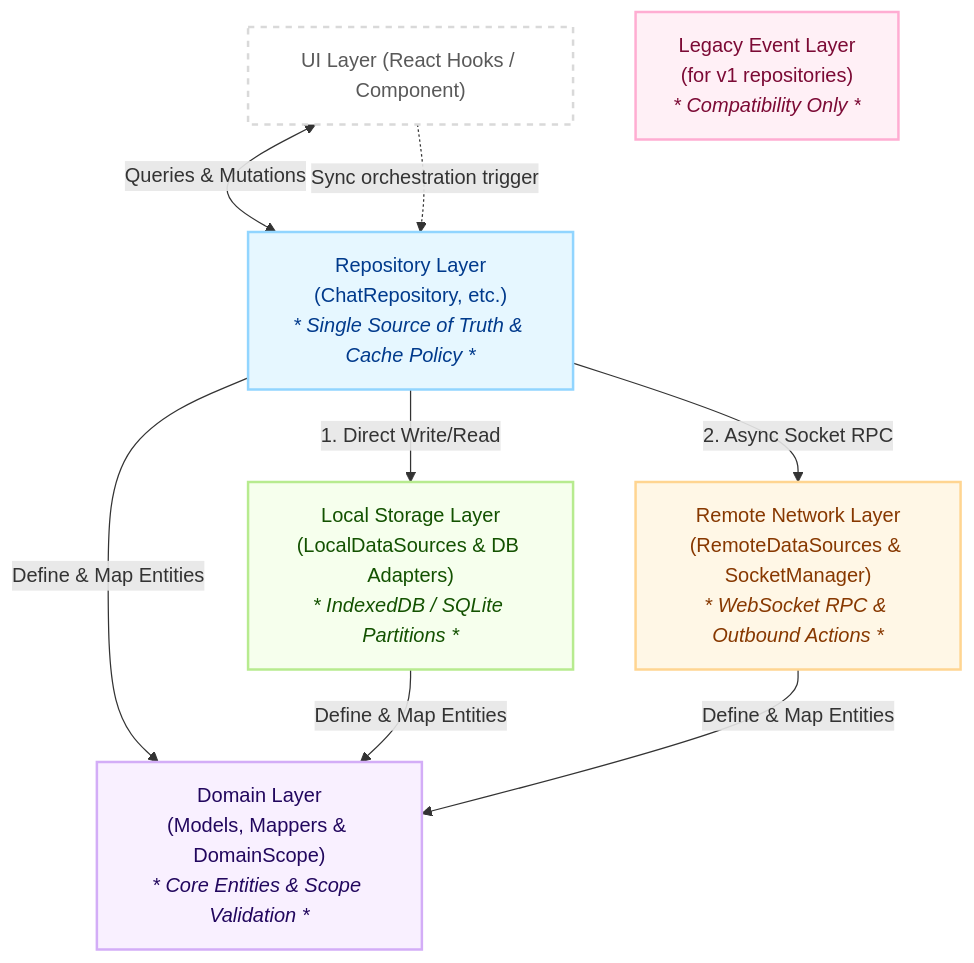
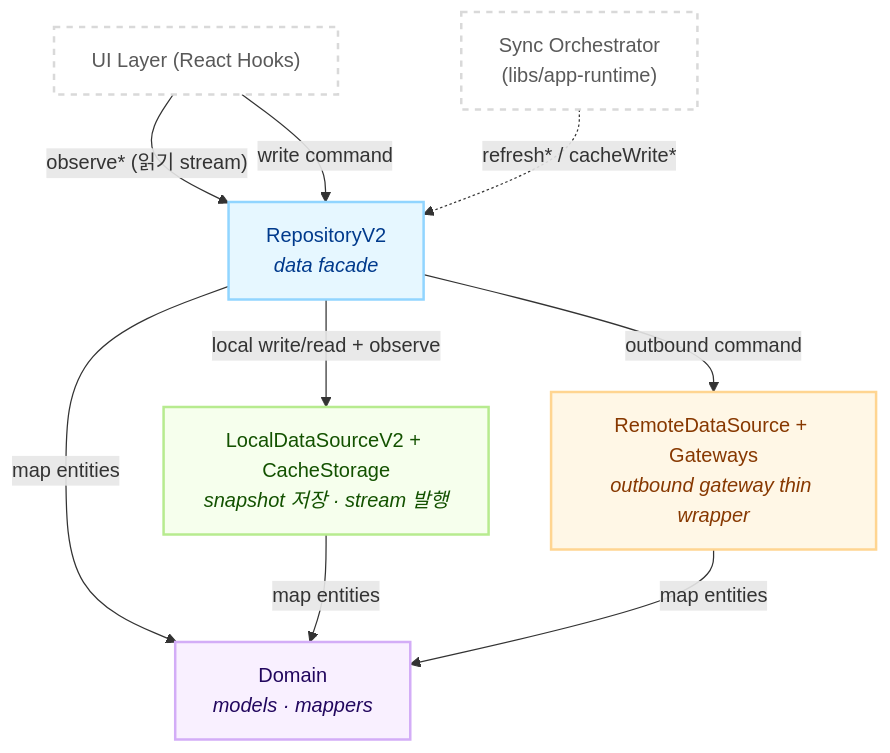
One commit to lemoncloud-io/dou-app changed the first of 5 diagrams in libs/data/README.md. Above: the diagram before and after it, drawn with Mermaid. The commit also changed other lines of this file, not shown here.

First line of the commit message:
docs: update README for @chatic/data module

````diff
--- a/libs/data/README.md
+++ b/libs/data/README.md
@@ -28,35 +41,25 @@
 ```mermaid
 flowchart TD
-    %% Styling
     classDef repository fill:#e6f7ff,stroke:#91d5ff,stroke-width:2px,color:#003a8c;
     classDef local fill:#f6ffed,stroke:#b7eb8f,stroke-width:2px,color:#135200;
     classDef remote fill:#fff7e6,stroke:#ffd591,stroke-width:2px,color:#873800;
     classDef domain fill:#f9f0ff,stroke:#d3adf7,stroke-width:2px,color:#22075e;
-    classDef events fill:#fff0f6,stroke:#ffadd2,stroke-width:2px,color:#7c0a35;
-    classDef ui fill:#ffffff,stroke:#d9d9d9,stroke-width:2px,color:#595959,stroke-dasharray: 5 5;
+    classDef ext fill:#ffffff,stroke:#d9d9d9,stroke-width:2px,color:#595959,stroke-dasharray: 5 5;
 
-    %% Elements
-    UI["UI Layer (React Hooks / Component)"]:::ui
+    UI["UI Layer (React Hooks)"]:::ext
+    Sync["Sync Orchestrator<br/>(libs/app-runtime)"]:::ext
 
-    Repo["Repository Layer<br/>(ChatRepository, etc.)<br/><i>* Single Source of Truth & Cache Policy *</i>"]:::repository
+    Repo["RepositoryV2<br/><i>data facade</i>"]:::repository
+    Local["LocalDataSourceV2 + CacheStorage<br/><i>snapshot 저장 · stream 발행</i>"]:::local
+    Remote["RemoteDataSource + Gateways<br/><i>outbound gateway thin wrapper</i>"]:::remote
+    Domain["Domain<br/><i>models · mappers</i>"]:::domain
 
-    Local["Local Storage Layer<br/>(LocalDataSources & DB Adapters)<br/><i>* IndexedDB / SQLite Partitions *</i>"]:::local
+    UI -->|"observe* (읽기 stream)"| Repo
+    UI -->|"write command"| Repo
+    Sync -.->|"refresh* / cacheWrite*"| Repo
 
-    Remote["Remote Network Layer<br/>(RemoteDataSources & SocketManager)<br/><i>* WebSocket RPC & Outbound Actions *</i>"]:::remote
+    Repo -->|"local write/read + observe"| Local
+    Repo -->|"outbound command"| Remote
 
-    EventBus["Legacy Event Layer<br/>(for v1 repositories)<br/><i>* Compatibility Only *</i>"]:::events
-
-    Domain["Domain Layer<br/>(Models, Mappers & DomainScope)<br/><i>* Core Entities & Scope Validation *</i>"]:::domain
-
-    %% Simple, Linear Flow
-    UI <-->|Queries & Mutations| Repo
-
-    Repo -->|1. Direct Write/Read| Local
-    Repo -->|2. Async Socket RPC| Remote
-
-    %% Event loop (Asynchronous Feedback Loop)
-    UI -.->|Sync orchestration trigger| Repo
-
-    %% Base foundation
-    Repo & Local & Remote -->|Define & Map Entities| Domain
+    Repo & Local & Remote -->|"map entities"| Domain
 ```
````
